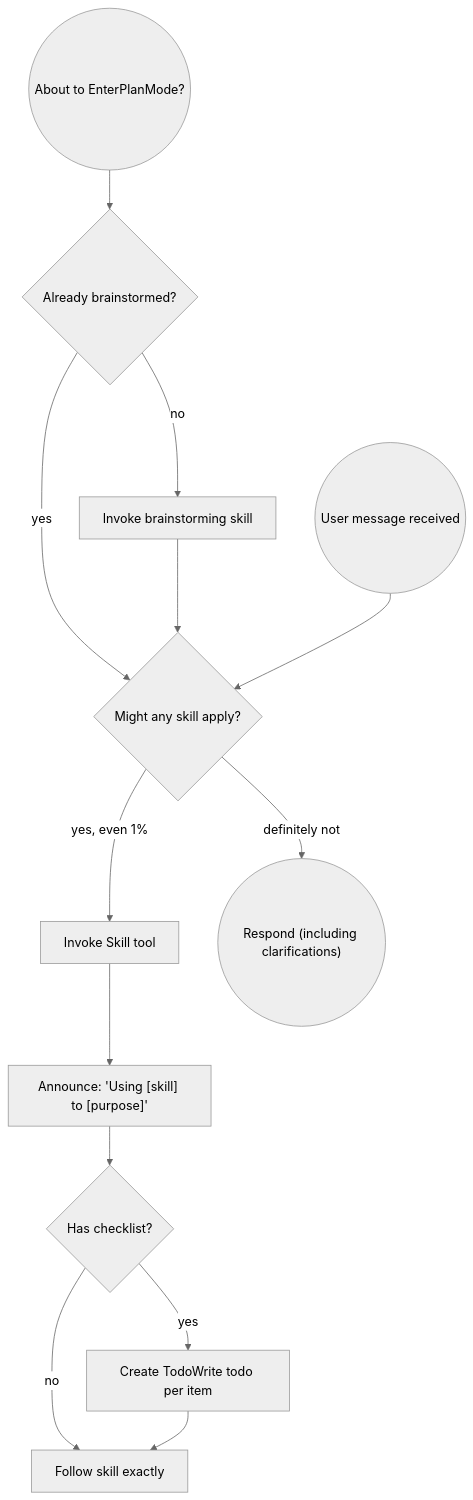
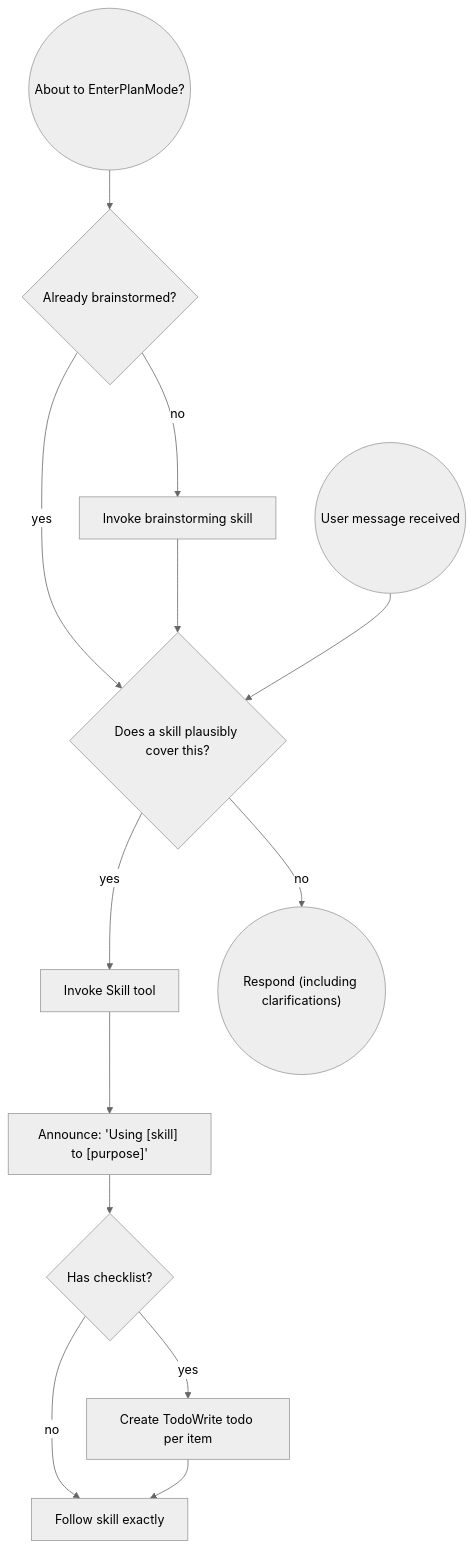
One commit to chris-santiago/claude-plugins changed the diagram in chris-code/skills/using-chris-code/SKILL.md. Above: the diagram before and after it, drawn with Mermaid (neutral theme). The commit also changed other lines of this file and 39 other files, not shown here.

````diff
--- a/chris-code/skills/using-chris-code/SKILL.md
+++ b/chris-code/skills/using-chris-code/SKILL.md
@@ -48,28 +30,28 @@
 ```mermaid
 flowchart TB
     msg(("User message received"))
     plan(("About to EnterPlanMode?"))
     brainstormed{"Already brainstormed?"}
     invoke_brainstorm["Invoke brainstorming skill"]
-    skill_check{"Might any skill apply?"}
+    skill_check{"Does a skill plausibly cover this?"}
     invoke["Invoke Skill tool"]
     announce["Announce: 'Using [skill] to [purpose]'"]
     checklist{"Has checklist?"}
     todos["Create TodoWrite todo per item"]
     follow["Follow skill exactly"]
     respond(("Respond (including clarifications)"))
 
     plan --> brainstormed
     brainstormed -->|no| invoke_brainstorm
     brainstormed -->|yes| skill_check
     invoke_brainstorm --> skill_check
 
     msg --> skill_check
-    skill_check -->|"yes, even 1%"| invoke
-    skill_check -->|definitely not| respond
+    skill_check -->|yes| invoke
+    skill_check -->|no| respond
     invoke --> announce
     announce --> checklist
     checklist -->|yes| todos
     checklist -->|no| follow
     todos --> follow
 ```
````
